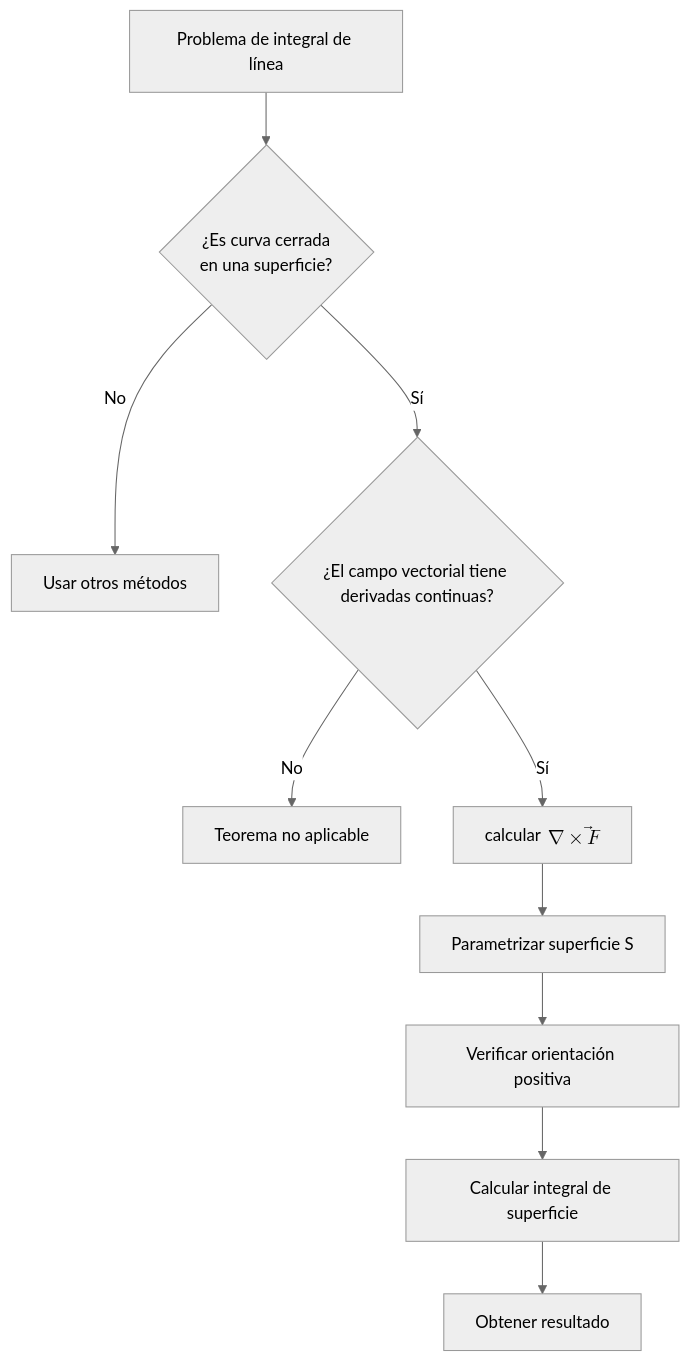
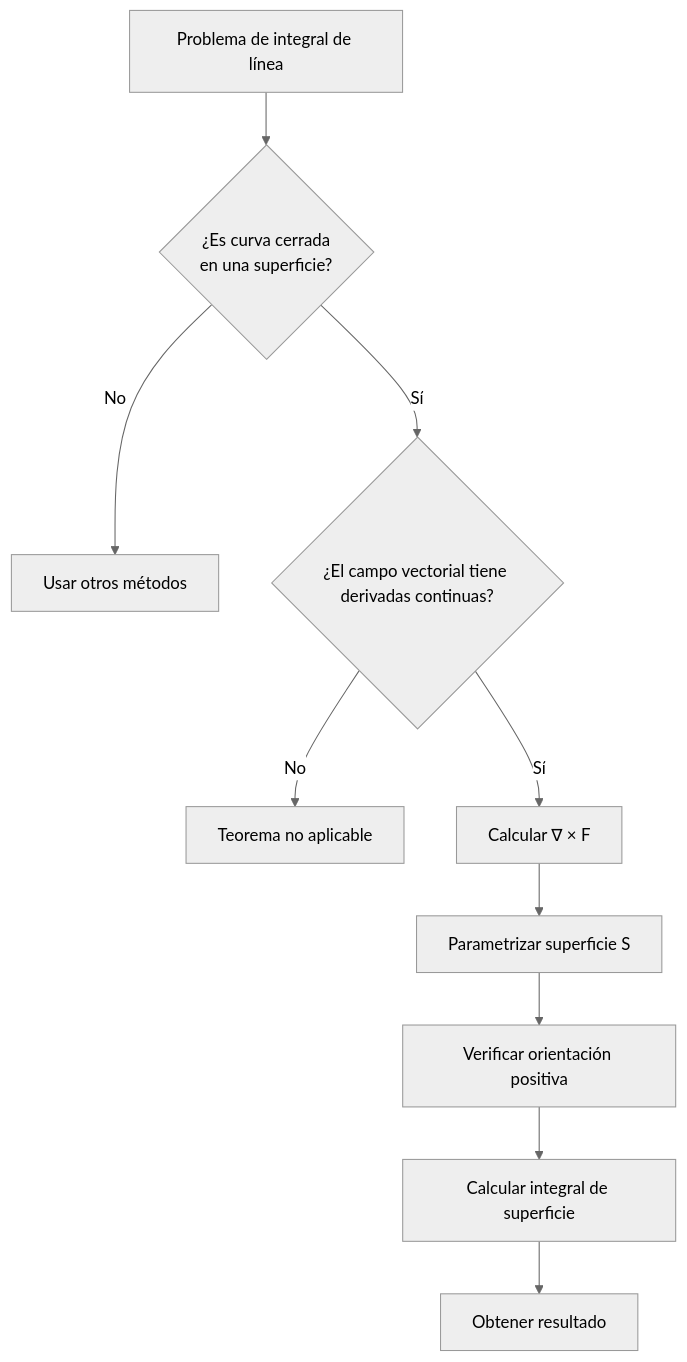
Before and after one commit to djaimej/computer-science-template: the third of 3 diagrams in public/documents/semester-3/2/3242.md, drawn with Mermaid (neutral theme). The commit also changed other lines of this file and 21 other files, not shown here.

````diff
--- a/public/documents/semester-3/2/3242.md
+++ b/public/documents/semester-3/2/3242.md
@@ -165,12 +211,12 @@
 ```mermaid
 flowchart TD
     Start[Problema de integral de línea] --> Check{¿Es curva cerrada<br>en una superficie?}
     Check -- No --> Alternative[Usar otros métodos]
     Check -- Sí --> Verify{"¿El campo vectorial tiene derivadas continuas?"}
     Verify -- No --> Warning[Teorema no aplicable]
-    Verify -- Sí --> Calculate["calcular $$ \space \nabla \times \vec{F} $$"]
+    Verify -- Sí --> Calculate["Calcular ∇ × F"]
     Calculate --> Parametrizar[Parametrizar superficie S]
     Parametrizar --> Orientar[Verificar orientación positiva]
     Orientar --> Integrate[Calcular integral de superficie]
     Integrate --> Result[Obtener resultado]
 ```
````
